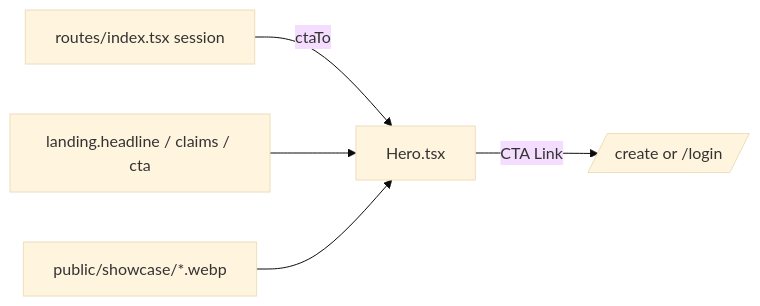
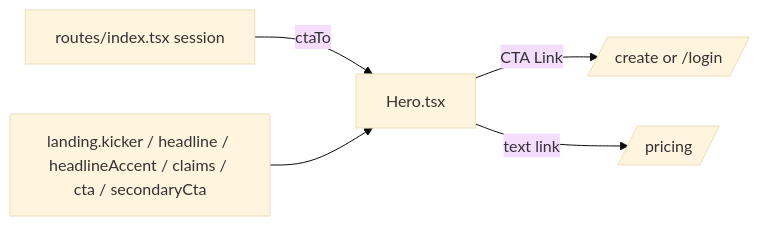
The diagram in apps/web/src/modules/Landing/components/Hero.tsx.md (AzamatRaimbekov2/openCreate), drawn with Mermaid (base theme) before and after one commit. The commit also changed other lines of this file and 25 other files, not shown here.

Commit message:
restyle(web): editorial landing + pricing

````diff
--- a/apps/web/src/modules/Landing/components/Hero.tsx.md
+++ b/apps/web/src/modules/Landing/components/Hero.tsx.md
@@ -25,7 +29,7 @@
 ```mermaid
 flowchart LR
   Route[routes/index.tsx session] -- ctaTo --> Hero[Hero.tsx]
-  I18N[landing.headline / claims / cta] --> Hero
-  Assets[public/showcase/*.webp] --> Hero
+  I18N[landing.kicker / headline / headlineAccent / claims / cta / secondaryCta] --> Hero
   Hero -- CTA Link --> Dest[/create or /login/]
+  Hero -- text link --> Pricing[/pricing/]
 ```
````
